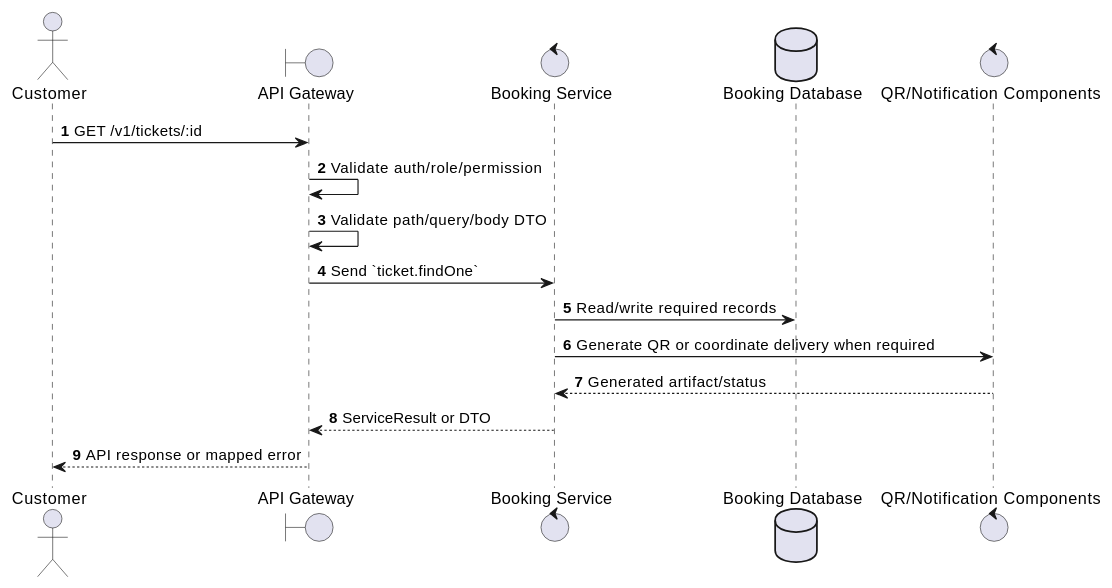
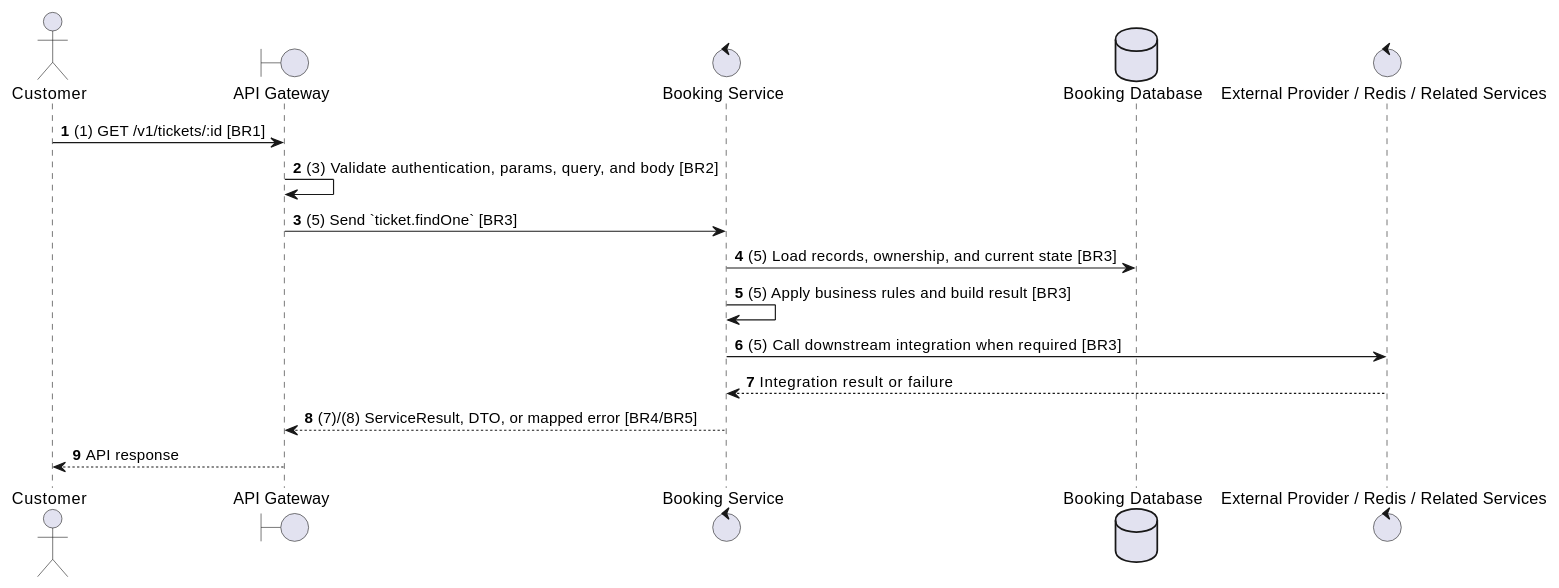
Before and after one commit to Tanh1603/movie-hub-architecture: the second of 2 diagrams in docs/functional_specs/3.7_Ticket_Management_Module/TK-01_Get_Ticket_Details.md, drawn with PlantUML. The commit also changed other lines of this file and 129 other files, not shown here.

````diff
--- a/docs/functional_specs/3.7_Ticket_Management_Module/TK-01_Get_Ticket_Details.md
+++ b/docs/functional_specs/3.7_Ticket_Management_Module/TK-01_Get_Ticket_Details.md
@@ -17,20 +64,20 @@
 ```plantuml
 @startuml
 autonumber
 actor "Customer" as Actor
 boundary "API Gateway" as GW
 control "Booking Service" as SVC
 database "Booking Database" as DB
-control "QR/Notification Components" as EXT
+control "External Provider / Redis / Related Services" as EXT
 
-Actor -> GW: GET /v1/tickets/:id
-GW -> GW: Validate auth/role/permission
-GW -> GW: Validate path/query/body DTO
-GW -> SVC: Send `ticket.findOne`
-SVC -> DB: Read/write required records
-SVC -> EXT: Generate QR or coordinate delivery when required
-EXT --> SVC: Generated artifact/status
-SVC --> GW: ServiceResult or DTO
-GW --> Actor: API response or mapped error
+Actor -> GW: (1) GET /v1/tickets/:id [BR1]
+GW -> GW: (3) Validate authentication, params, query, and body [BR2]
+GW -> SVC: (5) Send `ticket.findOne` [BR3]
+SVC -> DB: (5) Load records, ownership, and current state [BR3]
+SVC -> SVC: (5) Apply business rules and build result [BR3]
+SVC -> EXT: (5) Call downstream integration when required [BR3]
+EXT --> SVC: Integration result or failure
+SVC --> GW: (7)/(8) ServiceResult, DTO, or mapped error [BR4/BR5]
+GW --> Actor: API response
 @enduml
 ```
````
